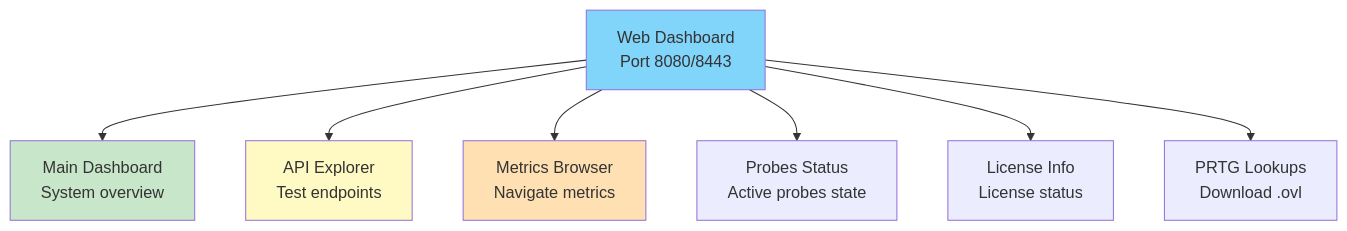
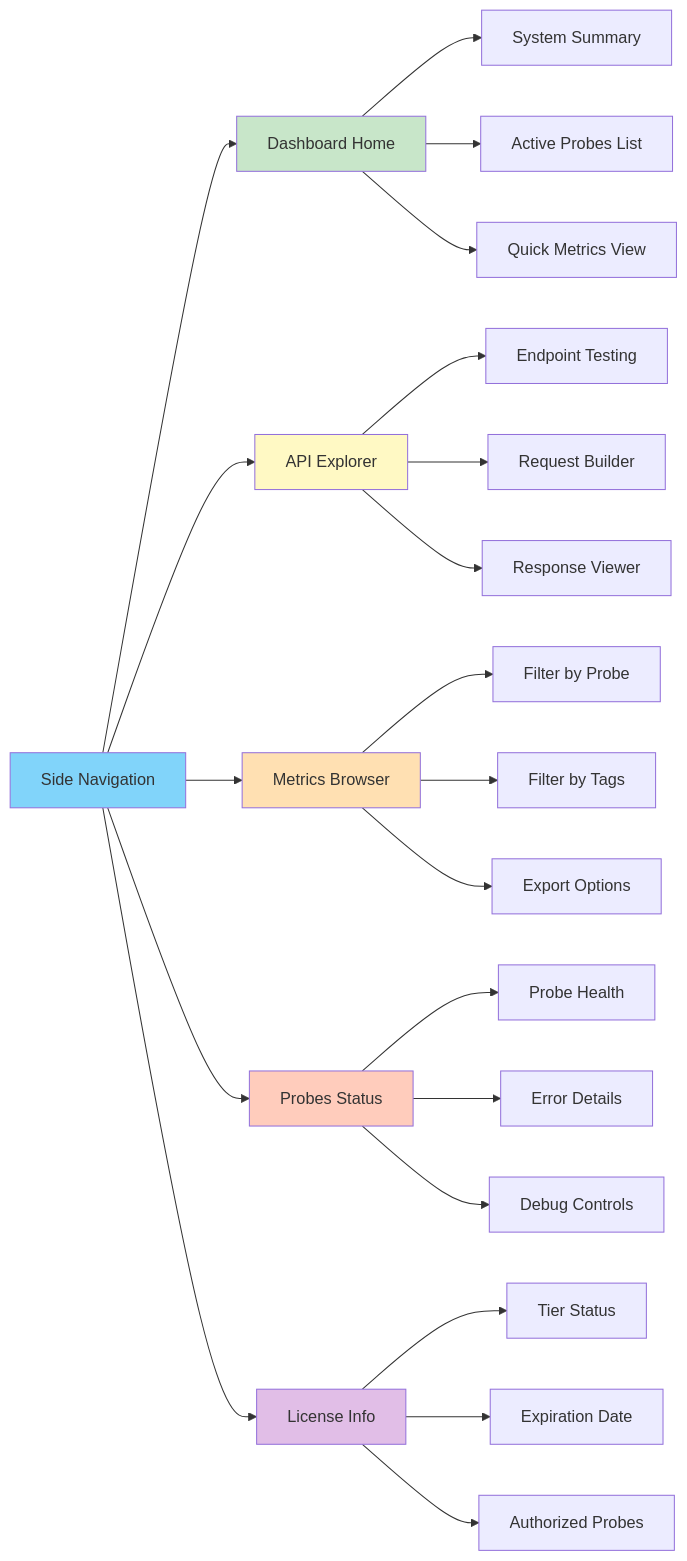
The diagram in docs/user-guide/WEB-INTERFACE.md (senhub-io/senhub-agent), drawn with Mermaid before and after one commit. The commit also changed other lines of this file and 7 other files, not shown here.

````diff
--- a/docs/user-guide/WEB-INTERFACE.md
+++ b/docs/user-guide/WEB-INTERFACE.md
@@ -21,14 +77,35 @@
 ```mermaid
-graph TD
-    WEB[Web Dashboard<br/>Port 8080/8443] --> DASH[Main Dashboard<br/>System overview]
-    WEB --> API[API Explorer<br/>Test endpoints]
-    WEB --> METRICS[Metrics Browser<br/>Navigate metrics]
-    WEB --> PROBES[Probes Status<br/>Active probes state]
-    WEB --> LICENSE[License Info<br/>License status]
-    WEB --> LOOKUPS[PRTG Lookups<br/>Download .ovl]
+graph LR
+    NAV[Side Navigation] --> DASH[Dashboard Home]
+    NAV --> API[API Explorer]
+    NAV --> METRICS[Metrics Browser]
+    NAV --> PROBES[Probes Status]
+    NAV --> LICENSE[License Info]
 
-    style WEB fill:#81d4fa
+    DASH --> D1[System Summary]
+    DASH --> D2[Active Probes List]
+    DASH --> D3[Quick Metrics View]
+
+    API --> A1[Endpoint Testing]
+    API --> A2[Request Builder]
+    API --> A3[Response Viewer]
+
+    METRICS --> M1[Filter by Probe]
+    METRICS --> M2[Filter by Tags]
+    METRICS --> M3[Export Options]
+
+    PROBES --> P1[Probe Health]
+    PROBES --> P2[Error Details]
+    PROBES --> P3[Debug Controls]
+
+    LICENSE --> L1[Tier Status]
+    LICENSE --> L2[Expiration Date]
+    LICENSE --> L3[Authorized Probes]
+
+    style NAV fill:#81d4fa
     style DASH fill:#c8e6c9
     style API fill:#fff9c4
     style METRICS fill:#ffe0b2
+    style PROBES fill:#ffccbc
+    style LICENSE fill:#e1bee7
 ```
````
